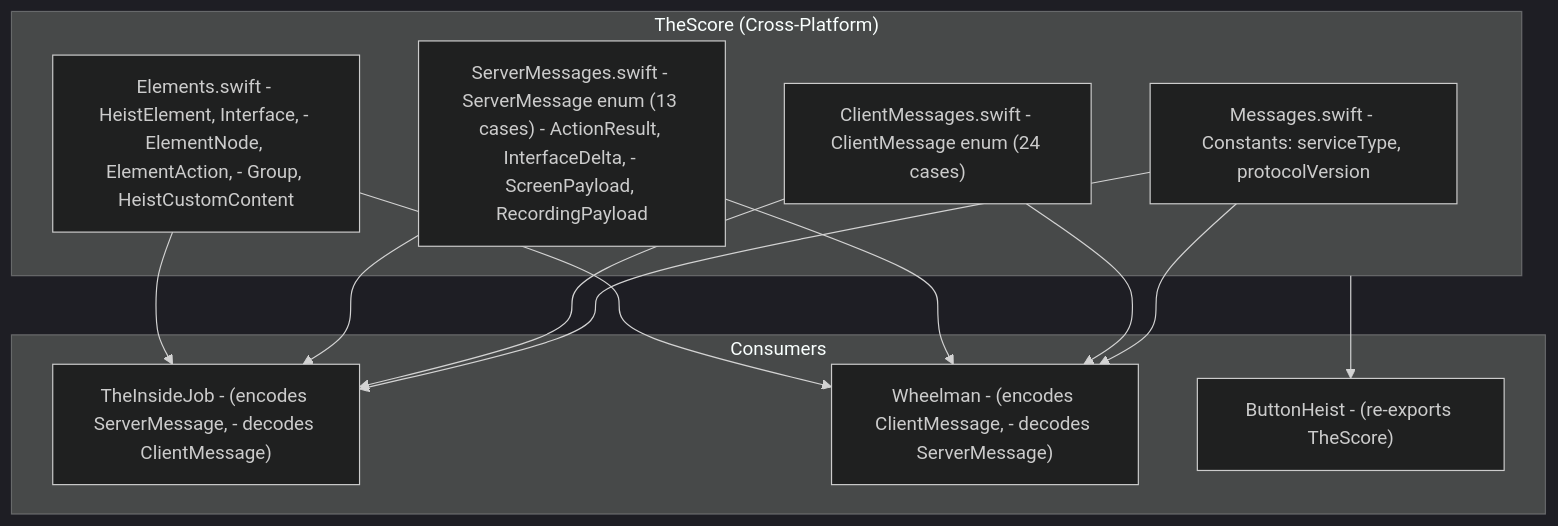
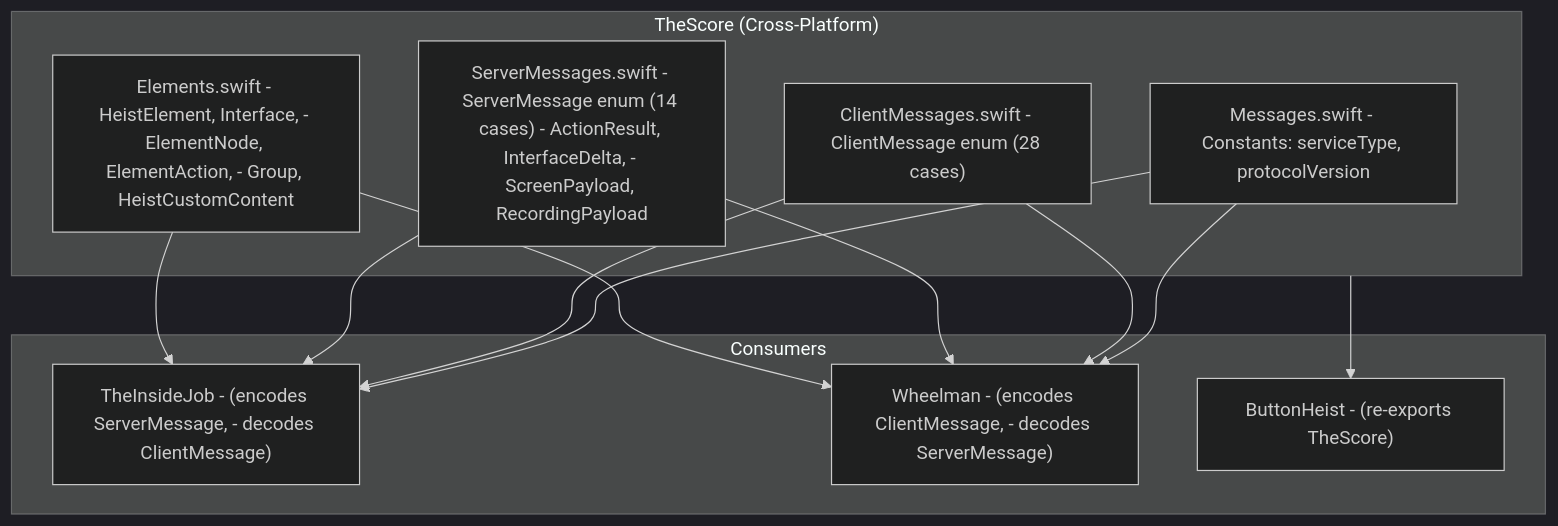
One commit to RoyalPineapple/TheButtonHeist changed the first of 3 diagrams in docs/dossiers/01-THESCORE.md. Above: the diagram before and after it, drawn with Mermaid (dark theme). The commit also changed other lines of this file and 15 other files, not shown here.

````diff
--- a/docs/dossiers/01-THESCORE.md
+++ b/docs/dossiers/01-THESCORE.md
@@ -22,25 +22,25 @@
 ```mermaid
 graph TD
     subgraph TheScore["TheScore (Cross-Platform)"]
         Messages["Messages.swift - Constants: serviceType, protocolVersion"]
-        Client["ClientMessages.swift - ClientMessage enum (24 cases)"]
-        Server["ServerMessages.swift - ServerMessage enum (13 cases) - ActionResult, InterfaceDelta, - ScreenPayload, RecordingPayload"]
+        Client["ClientMessages.swift - ClientMessage enum (28 cases)"]
+        Server["ServerMessages.swift - ServerMessage enum (14 cases) - ActionResult, InterfaceDelta, - ScreenPayload, RecordingPayload"]
         Elements["Elements.swift - HeistElement, Interface, - ElementNode, ElementAction, - Group, HeistCustomContent"]
     end
 
     subgraph Consumers["Consumers"]
         TheInsideJob["TheInsideJob - (encodes ServerMessage, - decodes ClientMessage)"]
         Wheelman["Wheelman - (encodes ClientMessage, - decodes ServerMessage)"]
         ButtonHeist["ButtonHeist - (re-exports TheScore)"]
     end
 
     Messages --> TheInsideJob
     Messages --> Wheelman
     Client --> TheInsideJob
     Client --> Wheelman
     Server --> TheInsideJob
     Server --> Wheelman
     Elements --> TheInsideJob
     Elements --> Wheelman
     TheScore --> ButtonHeist
 ```
````
